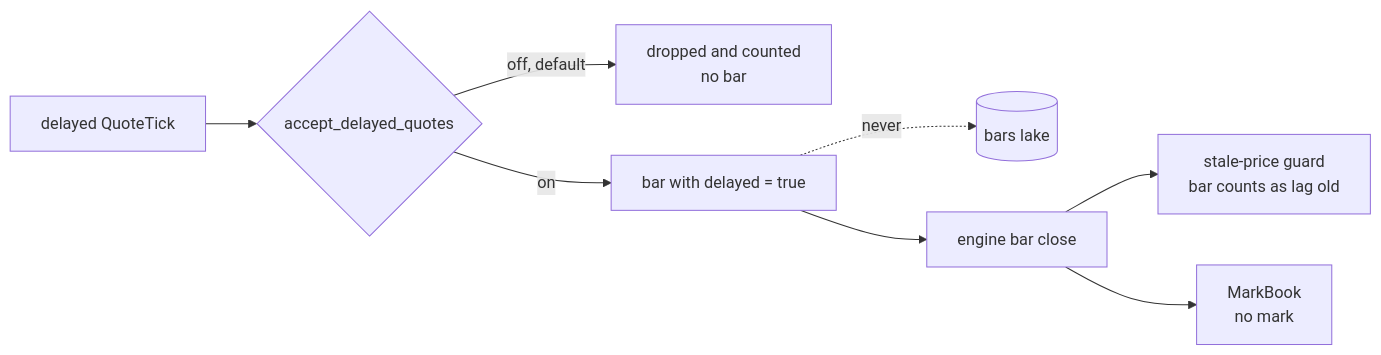
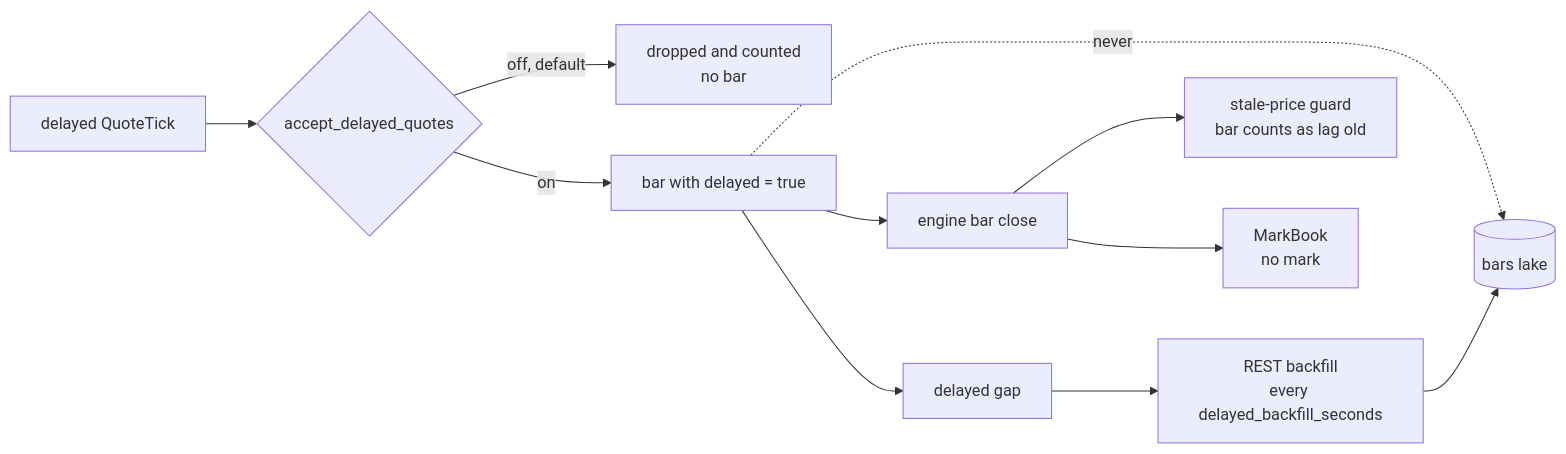
One commit to sleousis/Stonks changed diagram 11 of 11 in docs/design/intraday.md. Above: the diagram before and after it, drawn with Mermaid. The commit also changed other lines of this file and 6 other files, not shown here.

First line of the commit message:
Backfill the minutes delayed bars keep out of the lake

````diff
--- a/docs/design/intraday.md
+++ b/docs/design/intraday.md
@@ -453,10 +453,13 @@
 ```mermaid
 flowchart LR
   Q[delayed QuoteTick] --> A{accept_delayed_quotes}
   A -- off, default --> D[dropped and counted<br/>no bar]
   A -- on --> B[bar with delayed = true]
   B -. never .-> L[(bars lake)]
+  B --> R[delayed gap]
+  R --> F[REST backfill<br/>every delayed_backfill_seconds]
+  F --> L
   B --> E[engine bar close]
   E --> G[stale-price guard<br/>bar counts as lag old]
   E --> M[MarkBook<br/>no mark]
 ```
````
